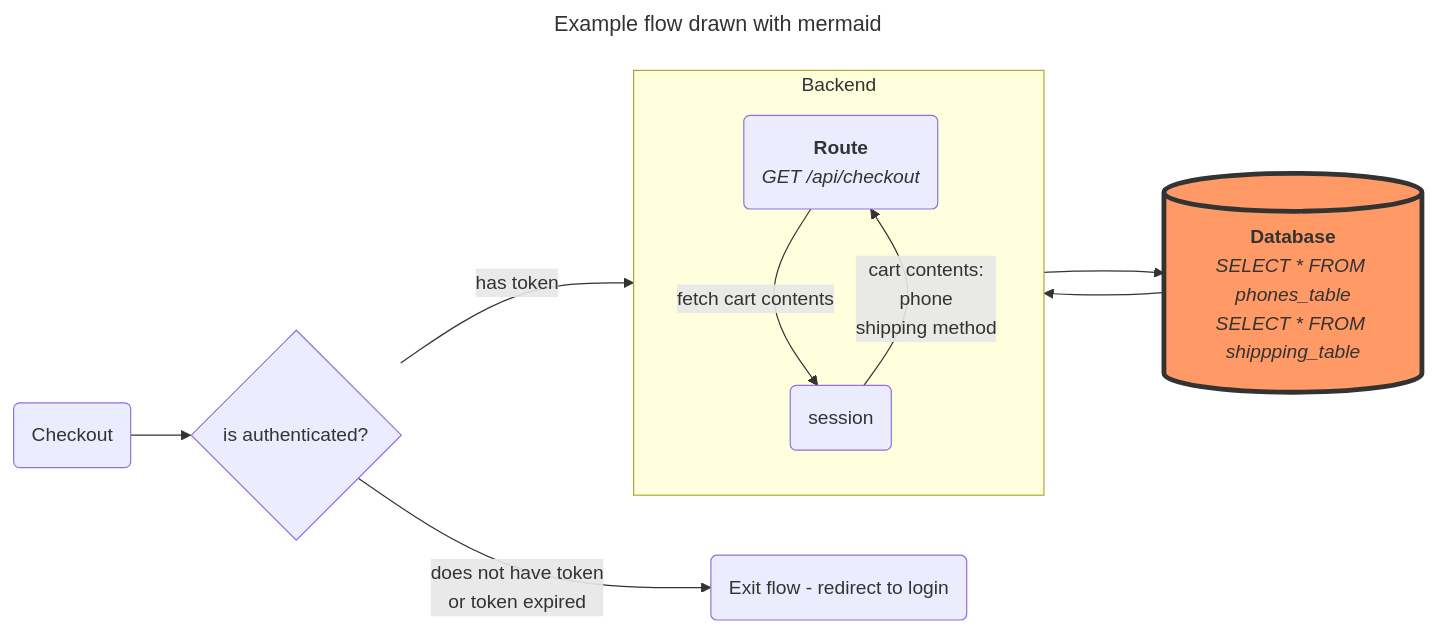
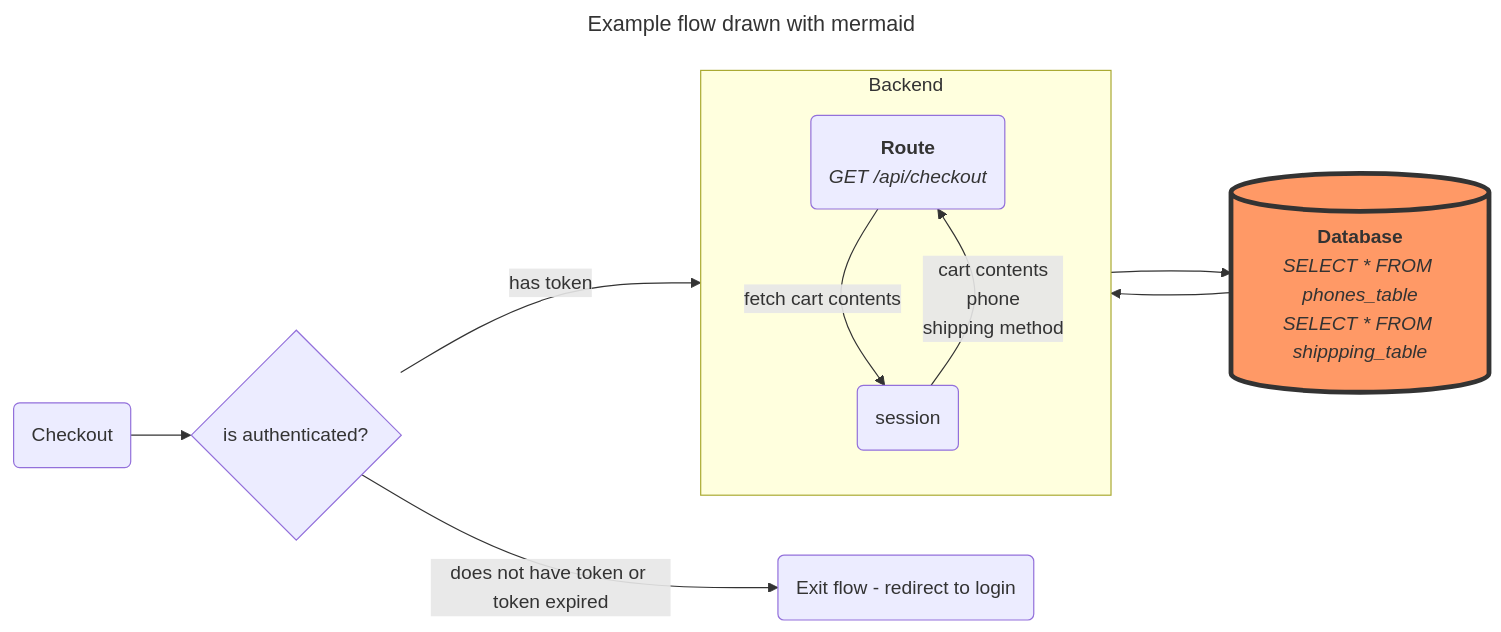
The diagram in flowchart.md (vinhlee95/mermaid), drawn with Mermaid before and after one commit.

````diff
--- a/flowchart.md
+++ b/flowchart.md
@@ -2,42 +2,39 @@
 ```mermaid
 ---
 title: Example flow drawn with mermaid
 ---
 flowchart LR
   frontend(Checkout)
 
   authCond{is authenticated?}
   
   backend("`
     **Route**
     _GET /api/checkout_
   `")
   database[("`
     **Database**
     _SELECT * FROM phones_table_
     _SELECT * FROM shippping_table_
   `")]
 
   frontend --> authCond
   
   authCond -- has token --> backend
-  authCond -- does not have token 
-  or token expired --> exitFlow(Exit flow - redirect to login)
+  authCond -- does not have token or token expired --> exitFlow(Exit flow - redirect to login)
   
 subgraph Backend
   backend
   session(session)
 
   direction TB
   backend -- fetch cart contents --> session
-  session -- cart contents:
-  phone
-  shipping method --> backend
+  session -- cart contents <br/> phone <br/> shipping method --> backend
 end
 
 
 Backend ---> database
 database --> Backend
 
 style database fill:#f96,stroke:#333,stroke-width:4px
 ```
````
